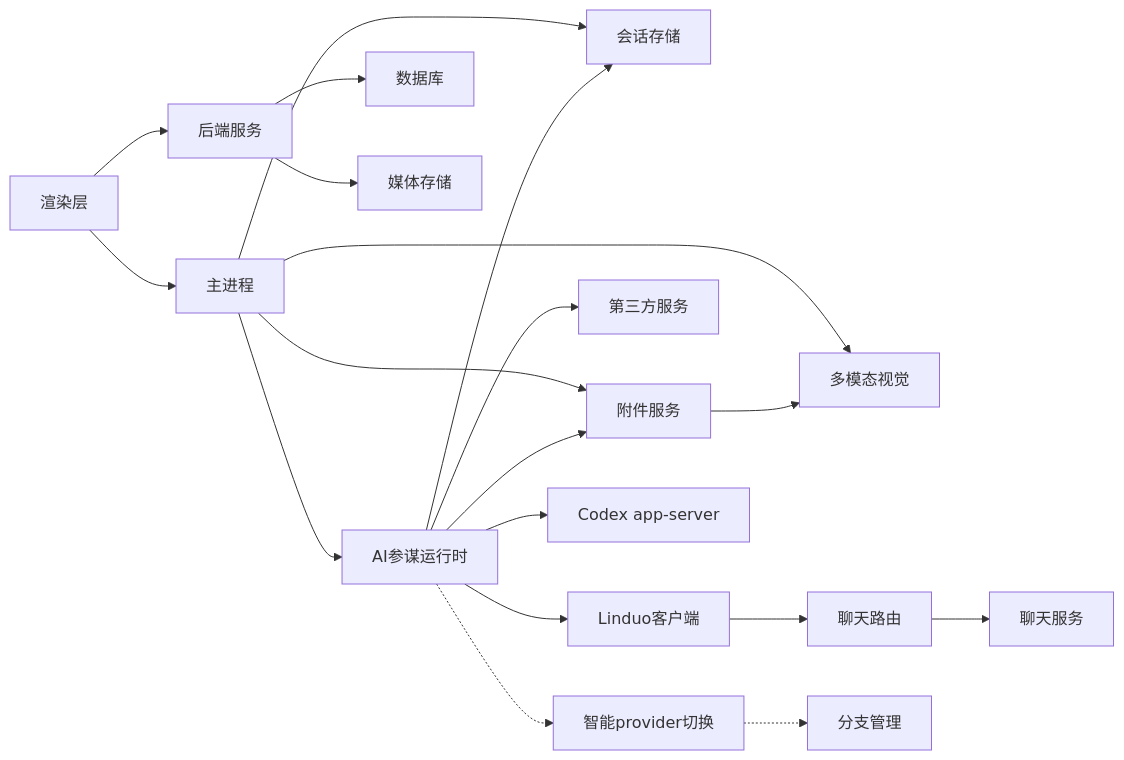
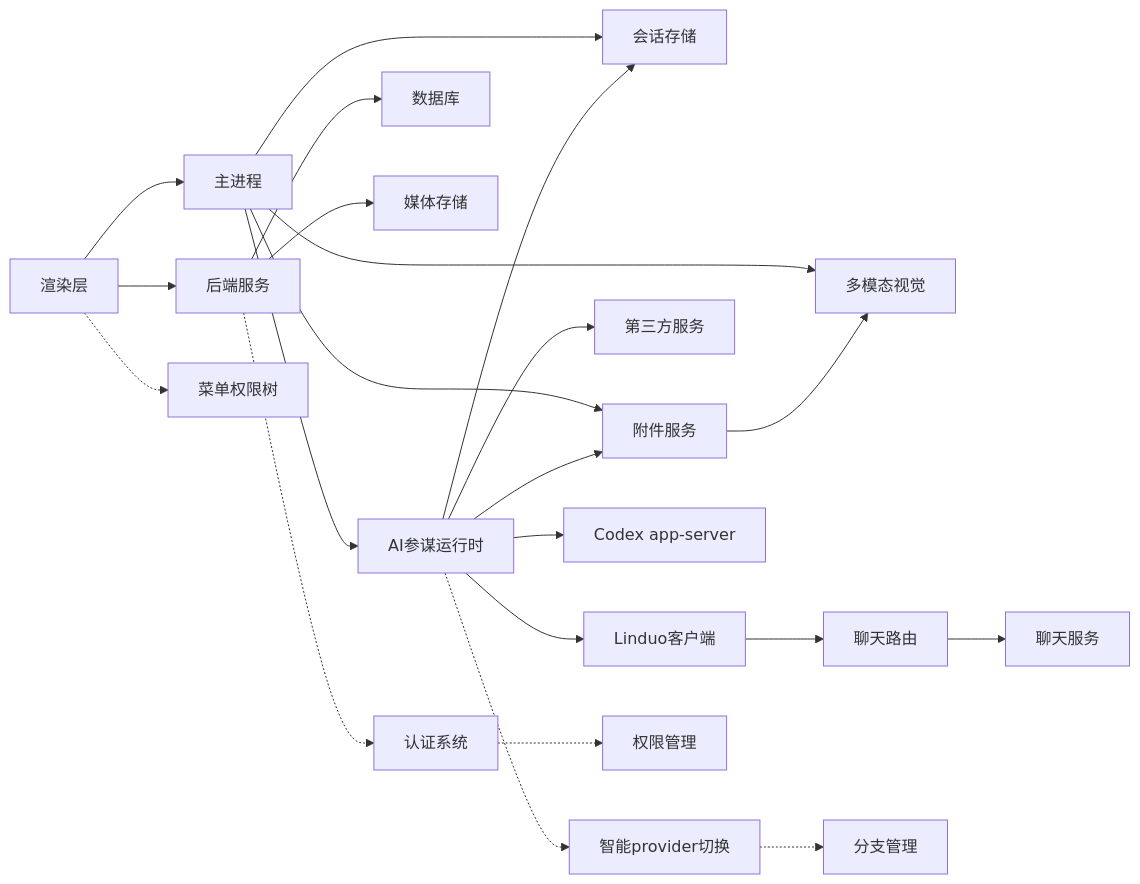
Diagram 13 of 13 in .qoder/repowiki/zh/content/核心服务/AI参谋系统架构.md (iljahofbauer219-lang/yandu), drawn with Mermaid before and after one commit. The commit also changed other lines of this file and 153 other files, not shown here.

````diff
--- a/.qoder/repowiki/zh/content/核心服务/AI参谋系统架构.md
+++ b/.qoder/repowiki/zh/content/核心服务/AI参谋系统架构.md
@@ -636,21 +709,24 @@
 ```mermaid
 graph LR
 Renderer["渲染层"] --> Main["主进程"]
 Renderer --> Server["后端服务"]
 Main --> Advisor["AI参谋运行时"]
 Main --> SessionStore["会话存储"]
 Main --> AttachmentService["附件服务"]
 Main --> MultimodalVision["多模态视觉"]
 Advisor --> SessionStore
 Advisor --> AttachmentService
 Advisor --> Services["第三方服务"]
 Advisor --> LinduoClient["Linduo客户端"]
 AttachmentService --> MultimodalVision
 LinduoClient --> ChatRoutes["聊天路由"]
 ChatRoutes --> ChatService["聊天服务"]
 Server --> DB["数据库"]
 Server --> Media["媒体存储"]
 Advisor --> AppServer["Codex app-server"]
 Advisor -.-> ProviderSwitch["智能provider切换"]
 ProviderSwitch -.-> BranchManagement["分支管理"]
+Server -.-> Auth["认证系统"]
+Auth -.-> Permissions["权限管理"]
+Renderer -.-> MenuPerm["菜单权限树"]
 ```
````
